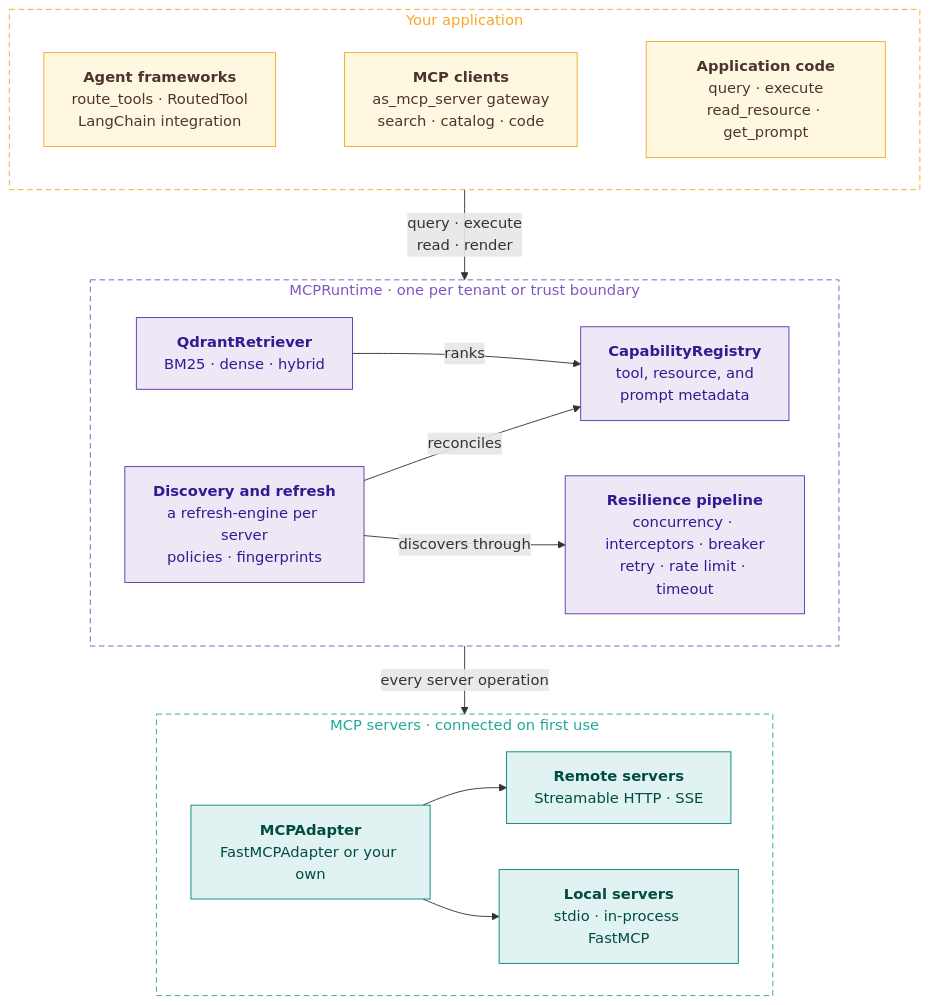
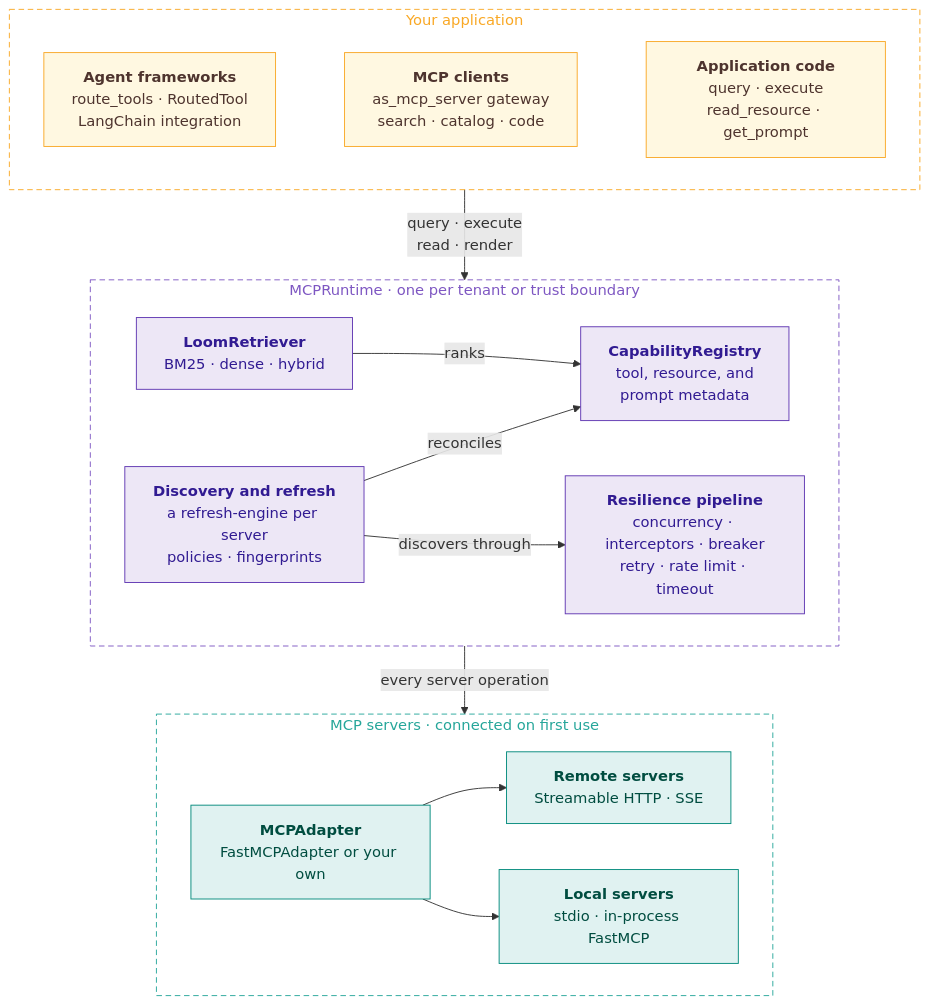
Before and after one commit to smuniharish/mcp-capabilty-router: the diagram in docs/assets/diagrams/architecture.mmd, drawn with Mermaid. The commit also changed 58 other files, not shown here.

Commit message:
feat!: replace Qdrant retrieval with RetrievalLoom

```diff
--- a/docs/assets/diagrams/architecture.mmd
+++ b/docs/assets/diagrams/architecture.mmd
@@ -1,41 +1,41 @@
 flowchart TB
     subgraph application["Your application"]
         direction LR
         agents["<b>Agent frameworks</b><br/>route_tools · RoutedTool<br/>LangChain integration"]
         workflows["<b>MCP clients</b><br/>as_mcp_server gateway<br/>search · catalog · code"]
         code["<b>Application code</b><br/>query · execute<br/>read_resource · get_prompt"]
             agents ~~~ workflows ~~~ code
         end
 
     subgraph runtime["MCPRuntime · one per tenant or trust boundary"]
         direction LR
         refresh["<b>Discovery and refresh</b><br/>a refresh-engine per server<br/>policies · fingerprints"]
         registry["<b>CapabilityRegistry</b><br/>tool, resource, and<br/>prompt metadata"]
-        retriever["<b>QdrantRetriever</b><br/>BM25 · dense · hybrid"]
+        retriever["<b>LoomRetriever</b><br/>BM25 · dense · hybrid"]
         pipeline["<b>Resilience pipeline</b><br/>concurrency · interceptors · breaker<br/>retry · rate limit · timeout"]
         refresh -- reconciles --> registry
         retriever -- ranks --> registry
         refresh -- discovers through --> pipeline
     end
 
     subgraph servers["MCP servers · connected on first use"]
         direction LR
         adapter["<b>MCPAdapter</b><br/>FastMCPAdapter or your own"]
         remote["<b>Remote servers</b><br/>Streamable HTTP · SSE"]
         local["<b>Local servers</b><br/>stdio · in-process FastMCP"]
         adapter --> remote
         adapter --> local
     end
 
     application -- "query · execute<br/>read · render" --> runtime
     runtime -- "every server operation" --> servers
 
     classDef core fill:#ede7f6,stroke:#5e35b1,color:#311b92
     classDef app fill:#fff8e1,stroke:#f9a825,color:#4e342e
     classDef external fill:#e0f2f1,stroke:#00897b,color:#004d40
     class refresh,registry,retriever,pipeline core
     class agents,workflows,code app
     class adapter,remote,local external
     style application fill:none,stroke:#f9a825,stroke-dasharray:6 4,color:#f9a825
     style runtime fill:none,stroke:#7e57c2,stroke-dasharray:6 4,color:#7e57c2
     style servers fill:none,stroke:#26a69a,stroke-dasharray:6 4,color:#26a69a
```
